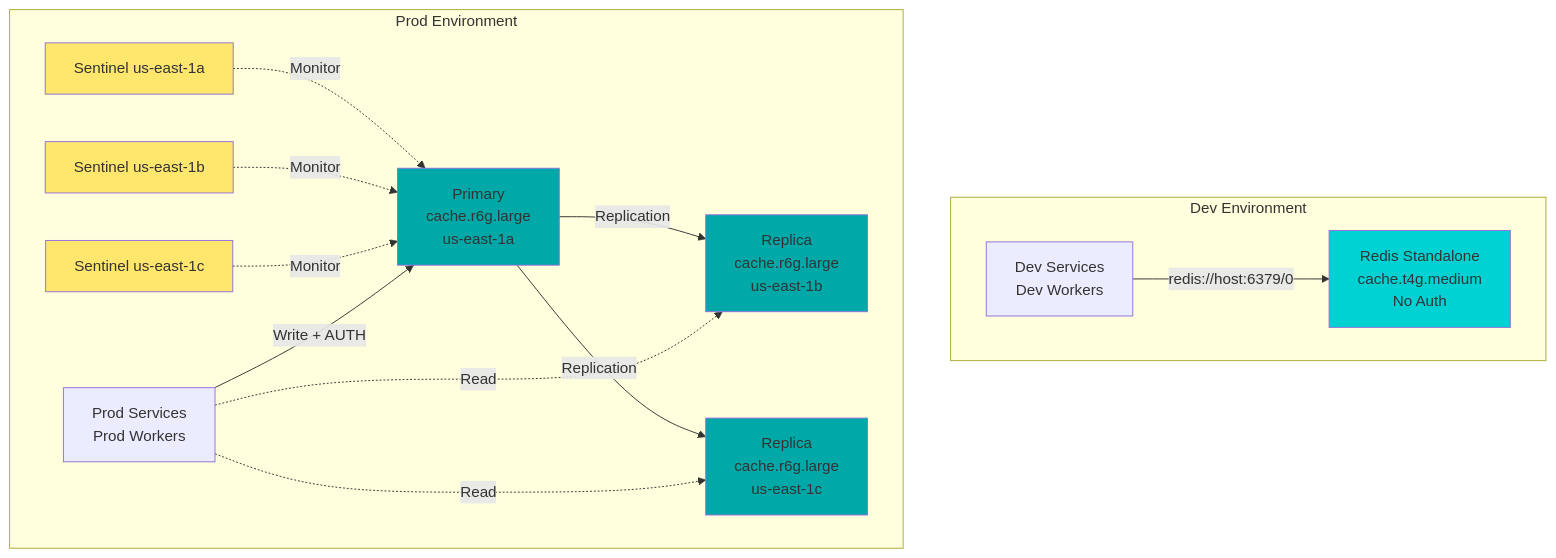
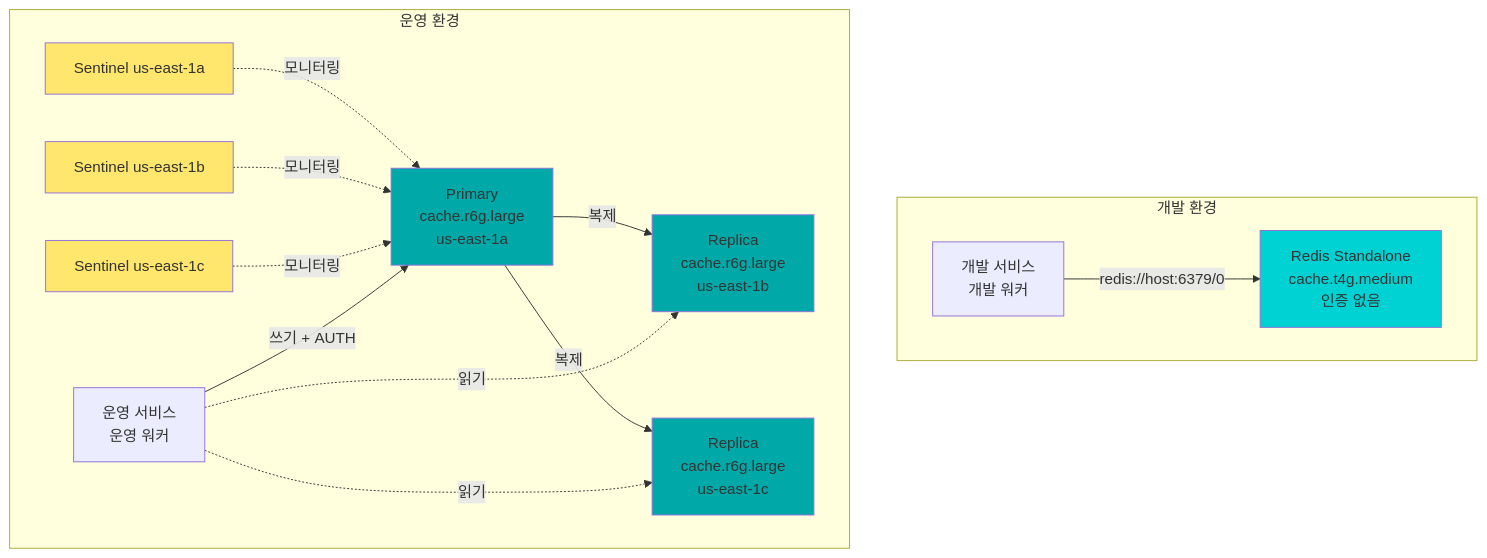
One commit to Pinksea-AI/InvokeAI changed the eighth of 15 diagrams in docs/final-architecture/01-aws-architecture-diagram.md. Above: the diagram before and after it, drawn with Mermaid. The commit also changed other lines of this file, not shown here.

First line of the commit message:
docs: AWS 아키텍처 다이어그램 문서를 한글로 번역

````diff
--- a/docs/final-architecture/01-aws-architecture-diagram.md
+++ b/docs/final-architecture/01-aws-architecture-diagram.md
@@ -363,40 +363,40 @@
 ```mermaid
 graph TB
-    subgraph Dev[Dev Environment]
-        DevApps[Dev Services<br/>Dev Workers]
-        DevRedis[Redis Standalone<br/>cache.t4g.medium<br/>No Auth]
+    subgraph Dev[개발 환경]
+        DevApps[개발 서비스<br/>개발 워커]
+        DevRedis[Redis Standalone<br/>cache.t4g.medium<br/>인증 없음]
 
         DevApps -->|redis://host:6379/0| DevRedis
     end
 
-    subgraph Prod[Prod Environment]
-        ProdApps[Prod Services<br/>Prod Workers]
+    subgraph Prod[운영 환경]
+        ProdApps[운영 서비스<br/>운영 워커]
 
         Primary[Primary<br/>cache.r6g.large<br/>us-east-1a]
         Replica1[Replica<br/>cache.r6g.large<br/>us-east-1b]
         Replica2[Replica<br/>cache.r6g.large<br/>us-east-1c]
 
         Sentinel1[Sentinel us-east-1a]
         Sentinel2[Sentinel us-east-1b]
         Sentinel3[Sentinel us-east-1c]
 
-        Primary -->|Replication| Replica1
-        Primary -->|Replication| Replica2
+        Primary -->|복제| Replica1
+        Primary -->|복제| Replica2
 
-        Sentinel1 -.->|Monitor| Primary
-        Sentinel2 -.->|Monitor| Primary
-        Sentinel3 -.->|Monitor| Primary
+        Sentinel1 -.->|모니터링| Primary
+        Sentinel2 -.->|모니터링| Primary
+        Sentinel3 -.->|모니터링| Primary
 
-        ProdApps -->|Write + AUTH| Primary
-        ProdApps -.->|Read| Replica1
-        ProdApps -.->|Read| Replica2
+        ProdApps -->|쓰기 + AUTH| Primary
+        ProdApps -.->|읽기| Replica1
+        ProdApps -.->|읽기| Replica2
     end
 
     style DevRedis fill:#00D2D3
     style Primary fill:#00A8A8
     style Replica1 fill:#00A8A8
     style Replica2 fill:#00A8A8
     style Sentinel1 fill:#FFE66D
     style Sentinel2 fill:#FFE66D
     style Sentinel3 fill:#FFE66D
 ```
````
